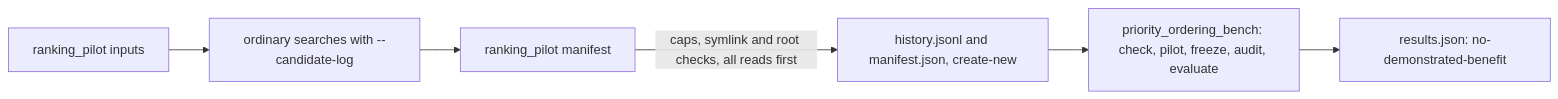
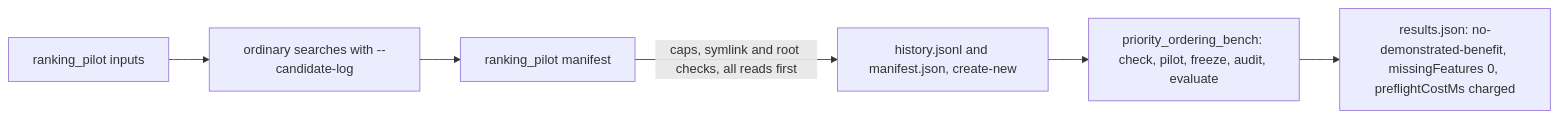
The diagram in docs/archive/pr-summaries/pr-summary-261.md (stSoftwareAU/NEAT-AI-Ockham), drawn with Mermaid before and after one commit. The commit also changed other lines of this file and 4 other files, not shown here.

````diff
--- a/docs/archive/pr-summaries/pr-summary-261.md
+++ b/docs/archive/pr-summaries/pr-summary-261.md
@@ -107,8 +128,8 @@
 ```mermaid
 flowchart LR
     I[ranking_pilot inputs] --> S[ordinary searches with --candidate-log]
     S --> M[ranking_pilot manifest]
     M -->|caps, symlink and root checks, all reads first| W[history.jsonl and manifest.json, create-new]
     W --> B[priority_ordering_bench: check, pilot, freeze, audit, evaluate]
-    B --> R[results.json: no-demonstrated-benefit]
+    B --> R[results.json: no-demonstrated-benefit, missingFeatures 0, preflightCostMs charged]
 ```
````
